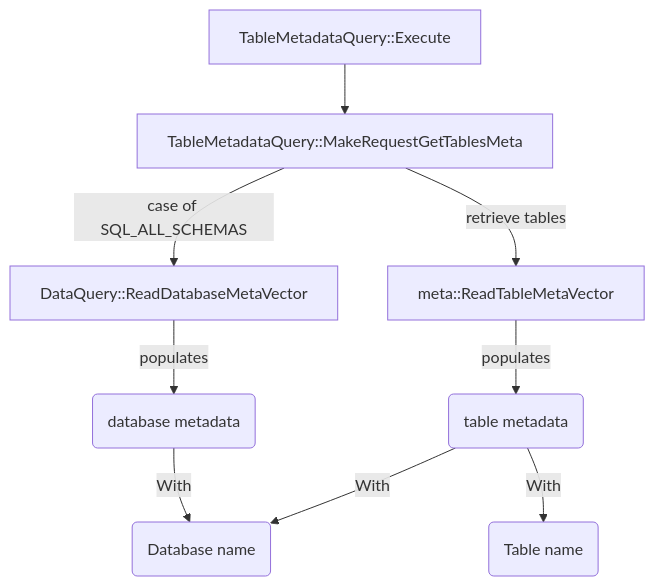
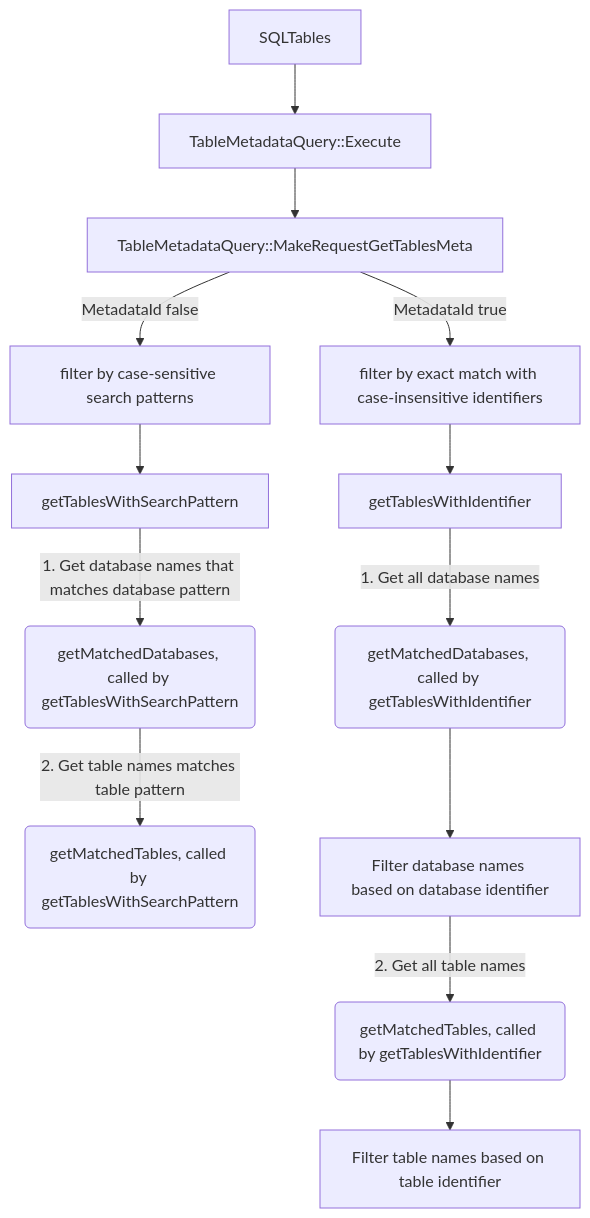
One commit to Bit-Quill/amazon-timestream-odbc-driver changed the second of 2 diagrams in docs/markdown/support/metadata-design.md. Above: the diagram before and after it, drawn with Mermaid. The commit also changed other lines of this file and 16 other files, not shown here.

First line of the commit message:
[AT-1154] Send Query to Timestream server to filter tables with search pattern (#84)

````diff
--- a/docs/markdown/support/metadata-design.md
+++ b/docs/markdown/support/metadata-design.md
@@ -17,11 +19,21 @@
 ```mermaid
 graph TD
+    a[SQLTables] --> A
     A[TableMetadataQuery::Execute] --> G
-    G[TableMetadataQuery::MakeRequestGetTablesMeta] --> |case of SQL_ALL_SCHEMAS| B[DataQuery::ReadDatabaseMetaVector]
-    G --> |retrieve tables| C[meta::ReadTableMetaVector]
-    B --> |populates| H(database metadata)
-    C --> |populates| D(table metadata)
-    D --> |With| E(Database name)
-    D --> |With| F(Table name)
-    H --> |With| E
+    G[TableMetadataQuery::MakeRequestGetTablesMeta] 
+    G --> |MetadataId true| B[filter by exact match with case-insensitive identifiers]
+    G --> |MetadataId false| C[filter by case-sensitive search patterns]
+    C --> D[getTablesWithSearchPattern]
+    B --> E[getTablesWithIdentifier]
+    F(getMatchedDatabases, called by getTablesWithSearchPattern)
+    H(getMatchedTables, called by getTablesWithSearchPattern)
+    D --> |1. Get database names that matches database pattern| F
+    F --> |2. Get table names matches table pattern| H
+
+    I(getMatchedDatabases, called by getTablesWithIdentifier)
+    J(getMatchedTables, called by getTablesWithIdentifier)
+    E --> |1. Get all database names|I
+    I --> K[Filter database names based on database identifier]
+    K --> |2. Get all table names| J
+    J --> M[Filter table names based on table identifier]
 ```
````
